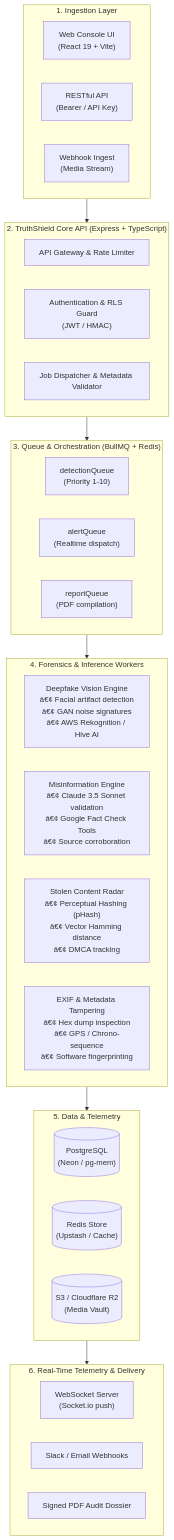
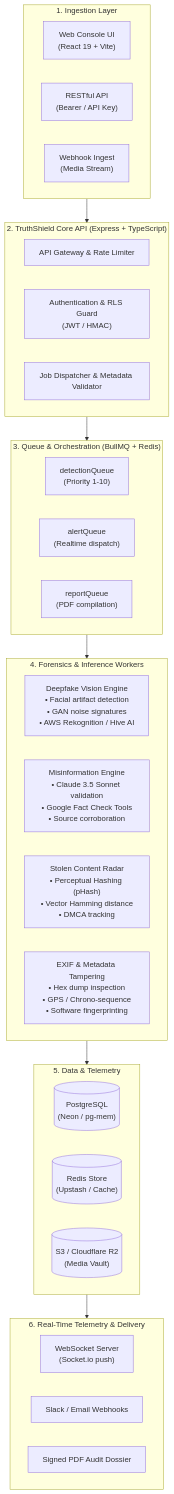
One commit to navyaaa27/truthshield-api changed the diagram in README.md. Above: the diagram before and after it, drawn with Mermaid. The commit also changed other lines of this file, not shown here.

````diff
--- a/README.md
+++ b/README.md
@@ -52,45 +52,45 @@
 ```mermaid
 flowchart TD
     subgraph INGESTION["1. Ingestion Layer"]
         A1["Web Console UI\n(React 19 + Vite)"]
         A2["RESTful API\n(Bearer / API Key)"]
         A3["Webhook Ingest\n(Media Stream)"]
     end
 
     subgraph CORE_API["2. TruthShield Core API (Express + TypeScript)"]
         B1["API Gateway & Rate Limiter"]
         B2["Authentication & RLS Guard\n(JWT / HMAC)"]
         B3["Job Dispatcher & Metadata Validator"]
     end
 
     subgraph QUEUE_LAYER["3. Queue & Orchestration (BullMQ + Redis)"]
         C1["detectionQueue\n(Priority 1-10)"]
         C2["alertQueue\n(Realtime dispatch)"]
         C3["reportQueue\n(PDF compilation)"]
     end
 
     subgraph ENGINES["4. Forensics & Inference Workers"]
-        D1["Deepfake Vision Engine\nâ€¢ Facial artifact detection\nâ€¢ GAN noise signatures\nâ€¢ AWS Rekognition / Hive AI"]
-        D2["Misinformation Engine\nâ€¢ Claude 3.5 Sonnet validation\nâ€¢ Google Fact Check Tools\nâ€¢ Source corroboration"]
-        D3["Stolen Content Radar\nâ€¢ Perceptual Hashing (pHash)\nâ€¢ Vector Hamming distance\nâ€¢ DMCA tracking"]
-        D4["EXIF & Metadata Tampering\nâ€¢ Hex dump inspection\nâ€¢ GPS / Chrono-sequence\nâ€¢ Software fingerprinting"]
+        D1["Deepfake Vision Engine\n• Facial artifact detection\n• GAN noise signatures\n• AWS Rekognition / Hive AI"]
+        D2["Misinformation Engine\n• Claude 3.5 Sonnet validation\n• Google Fact Check Tools\n• Source corroboration"]
+        D3["Stolen Content Radar\n• Perceptual Hashing (pHash)\n• Vector Hamming distance\n• DMCA tracking"]
+        D4["EXIF & Metadata Tampering\n• Hex dump inspection\n• GPS / Chrono-sequence\n• Software fingerprinting"]
     end
 
     subgraph STORAGE["5. Data & Telemetry"]
         E1[("PostgreSQL\n(Neon / pg-mem)")]
         E2[("Redis Store\n(Upstash / Cache)")]
         E3[("S3 / Cloudflare R2\n(Media Vault)")]
     end
 
     subgraph CONSUMERS["6. Real-Time Telemetry & Delivery"]
         F1["WebSocket Server\n(Socket.io push)"]
         F2["Slack / Email Webhooks"]
         F3["Signed PDF Audit Dossier"]
     end
 
     INGESTION --> CORE_API
     CORE_API --> QUEUE_LAYER
     QUEUE_LAYER --> ENGINES
     ENGINES --> STORAGE
     STORAGE --> CONSUMERS
 ```
````
